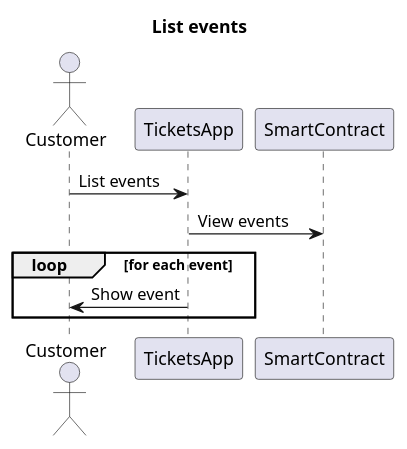
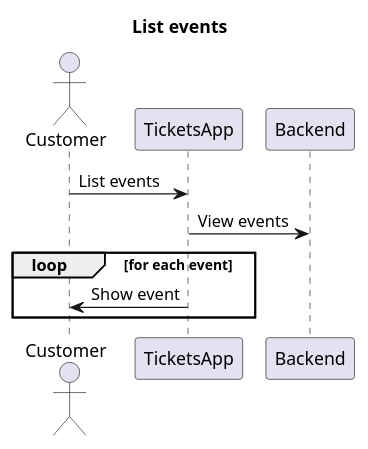
Before and after one commit to ai-shift/cyber-valley-tickets: diagram 11 of 24 in README.org, drawn with PlantUML. The commit also changed other lines of this file and 20 other files, not shown here.

Commit message:
fix: Actualize diagrams

```diff
--- a/README.org
+++ b/README.org
@@ -303,13 +311,13 @@
 #+begin_src plantuml :file ./img/list-events.png
 title List events
 
 actor Customer
 participant TicketsApp
-participant SmartContract
+participant Backend
 
 Customer -> TicketsApp: List events
-TicketsApp -> SmartContract: View events
+TicketsApp -> Backend: View events
 loop for each event
   TicketsApp -> Customer: Show event
 end
 #+end_src
```
